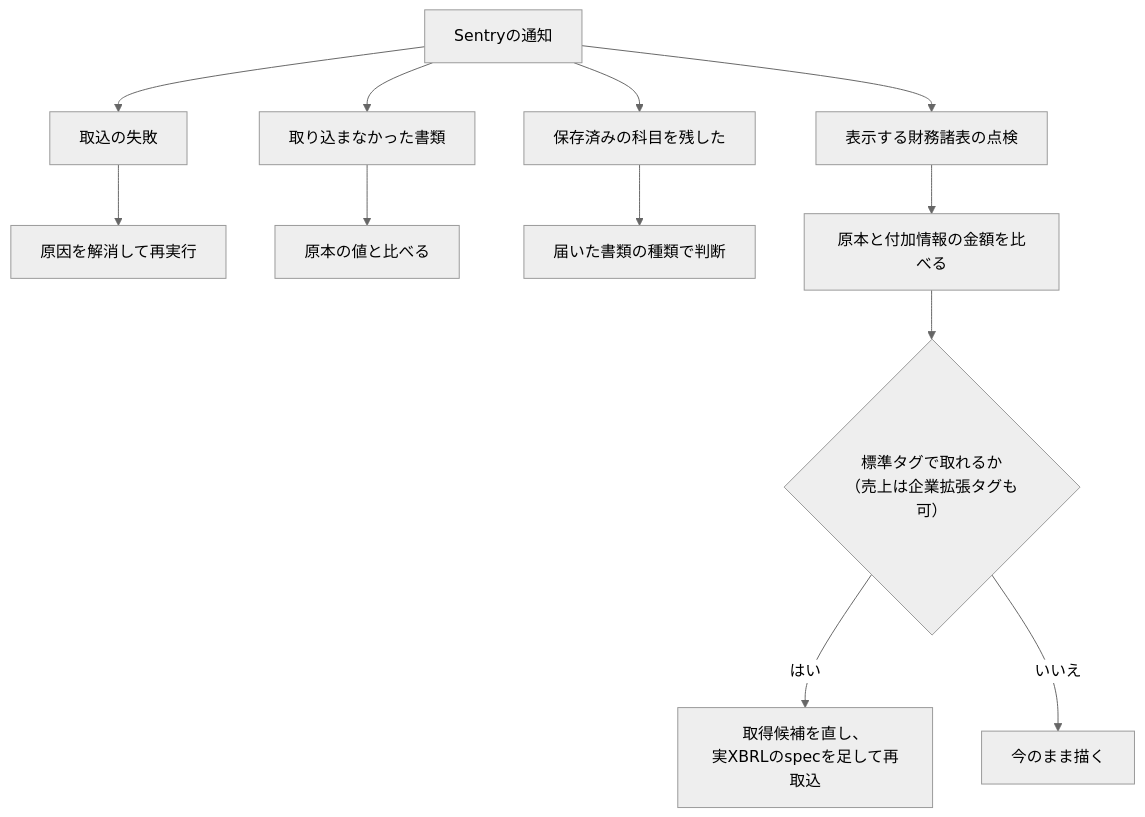
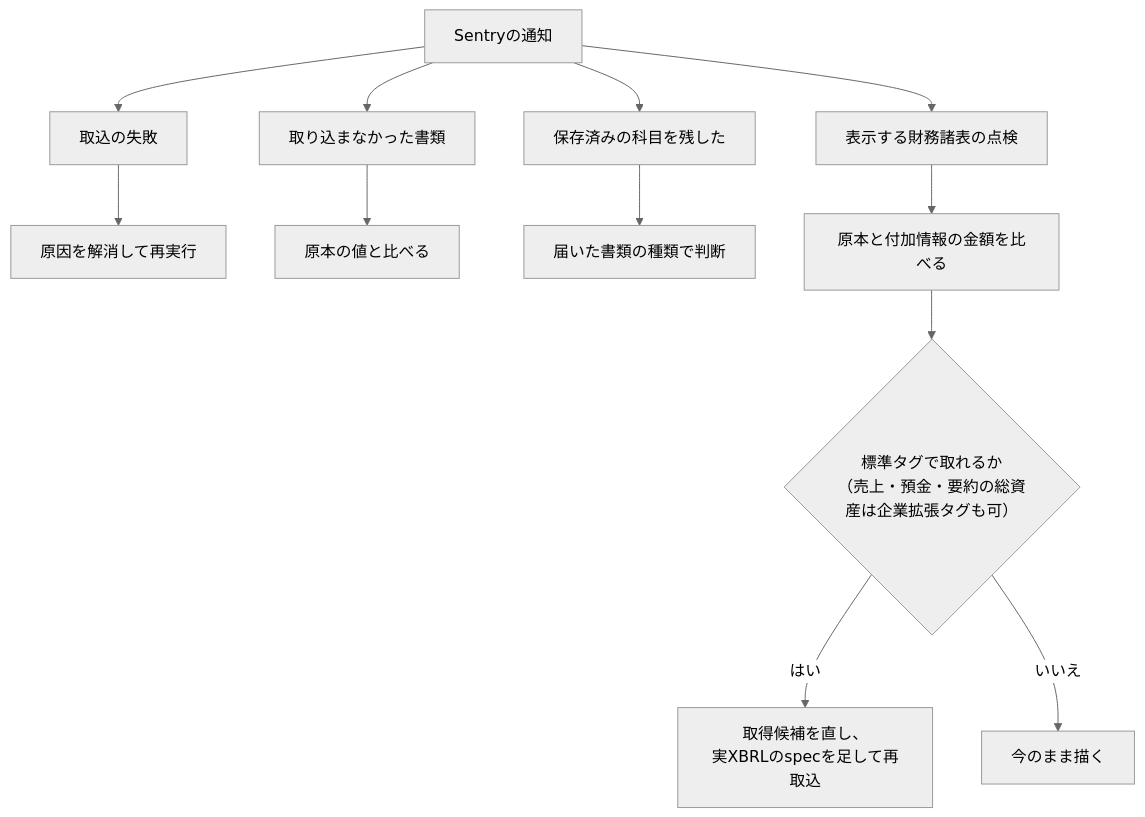
The fourth of 4 diagrams in docs/guide/04_development_operations.md (shin4488/financial-statement), drawn with Mermaid (neutral theme) before and after one commit. The commit also changed 5 other files, not shown here.

````diff
--- a/docs/guide/04_development_operations.md
+++ b/docs/guide/04_development_operations.md
@@ -137,14 +137,14 @@
 ```mermaid
 flowchart TD
     N["Sentryの通知"] --> F["取込の失敗"]
     N --> S["取り込まなかった書類"]
     N --> K["保存済みの科目を残した"]
     N --> P["表示する財務諸表の点検"]
     F --> F1["原因を解消して再実行"]
     S --> S1["原本の値と比べる"]
     K --> K1["届いた書類の種類で判断"]
     P --> P1["原本と付加情報の金額を比べる"]
-    P1 --> T{"標準タグで取れるか<br>（売上は企業拡張タグも可）"}
+    P1 --> T{"標準タグで取れるか<br>（売上・預金・要約の総資産は企業拡張タグも可）"}
     T -->|はい| R["取得候補を直し、<br>実XBRLのspecを足して再取込"]
     T -->|いいえ| L["今のまま描く"]
 ```
````
